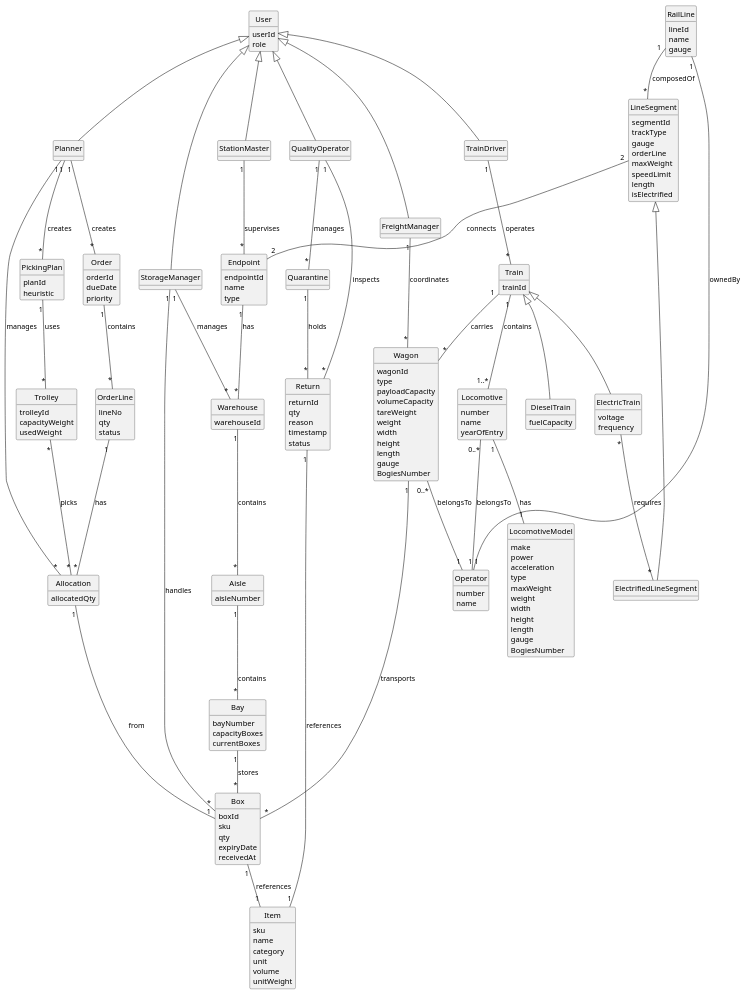
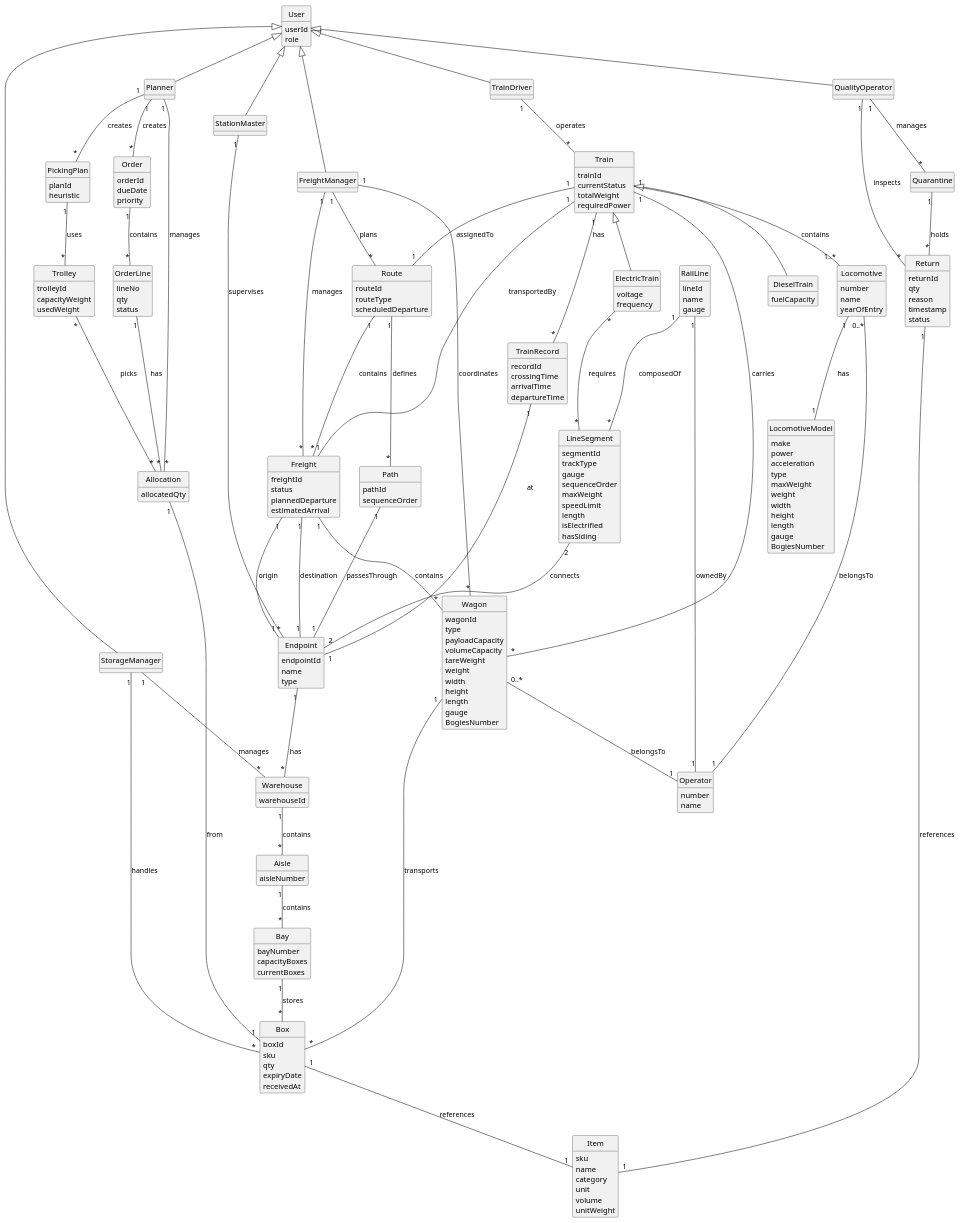
One commit to brunodspinto/railway-logistics-platform changed the diagram in docs/global-artifacts/domainModel.puml. Above: the diagram before and after it, drawn with PlantUML.

Commit message:
LAPR3: #33 Update USLP05

```diff
--- a/docs/global-artifacts/domainModel.puml
+++ b/docs/global-artifacts/domainModel.puml
@@ -5,7 +5,6 @@
 skinparam classAttributeIconSize 0
 hide circle
 hide methods
-
 
 ' --- CORE ENTITIES ---
 class Warehouse {
@@ -64,6 +63,7 @@
     heuristic
 }
 
+' --- DOMÍNIO FERROVIÁRIO ATUALIZADO ---
 class Locomotive {
     number
     name
@@ -86,6 +86,9 @@
 
 class Train {
     trainId
+    currentStatus
+    totalWeight
+    requiredPower
 }
 
 class DieselTrain {
@@ -107,14 +110,12 @@
     segmentId
     trackType
     gauge
-    orderLine
+    sequenceOrder
     maxWeight
     speedLimit
     length
     isElectrified
-}
-
-class ElectrifiedLineSegment {
+    hasSiding
 }
 
 class Endpoint {
@@ -128,6 +129,33 @@
     name
 }
 
+' --- NOVAS ENTIDADES SPRINT 2 ---
+class Freight {
+    freightId
+    status
+    plannedDeparture
+    estimatedArrival
+}
+
+class Route {
+    routeId
+    routeType
+    scheduledDeparture
+}
+
+class Path {
+    pathId
+    sequenceOrder
+}
+
+class TrainRecord {
+    recordId
+    crossingTime
+    arrivalTime
+    departureTime
+}
+
+' --- GESTÃO DE ENCOMENDAS ---
 class Order {
     orderId
     dueDate
@@ -155,15 +183,12 @@
 class Quarantine {
 }
 
-
 class User {
     userId
     role
 }
 
-
-
-' --- RELATIONSHIPS ---
+' --- RELATIONSHIPS EXISTENTES ---
 Warehouse "1" -- "*" Aisle : contains
 Aisle "1" -- "*" Bay : contains
 Bay "1" -- "*" Box : stores
@@ -177,7 +202,7 @@
 RailLine "1" -- "*" LineSegment : composedOf
 LineSegment "2" -- "2" Endpoint : connects
 RailLine "1" -- "1" Operator : ownedBy
-ElectricTrain "*" -- "*" ElectrifiedLineSegment : requires
+ElectricTrain "*" -- "*" LineSegment : requires
 Order "1" -- "*" OrderLine : contains
 OrderLine "1" -- "*" Allocation : has
 Allocation "1" -- "1" Box : from
@@ -186,6 +211,18 @@
 Endpoint "1" -- "*" Warehouse : has
 PickingPlan "1" -- "*" Trolley : uses
 Trolley "*" -- "*" Allocation : picks
+
+' --- NOVOS RELACIONAMENTOS SPRINT 2 ---
+Freight "1" -- "*" Wagon : contains
+Freight "1" -- "1" Endpoint : origin
+Freight "1" -- "1" Endpoint : destination
+Freight "1" -- "1" Train : transportedBy
+Route "1" -- "*" Freight : contains
+Route "1" -- "*" Path : defines
+Path "1" -- "1" Endpoint : passesThrough
+Train "1" -- "1" Route : assignedTo
+Train "1" -- "*" TrainRecord : has
+TrainRecord "1" -- "1" Endpoint : at
 
 ' --- USER RESPONSIBILITIES ---
 Planner "1" -- "*" Order : creates
@@ -198,6 +235,8 @@
 TrainDriver "1" -- "*" Train : operates
 StationMaster "1" -- "*" Endpoint : supervises
 FreightManager "1" -- "*" Wagon : coordinates
+FreightManager "1" -- "*" Freight : manages
+FreightManager "1" -- "*" Route : plans
 
 ' --- INHERITANCE ---
 Train <|-- ElectricTrain
@@ -208,6 +247,5 @@
 User <|-- FreightManager
 User <|-- Planner
 User <|-- QualityOperator
-LineSegment <|-- ElectrifiedLineSegment
 
 @enduml
```
